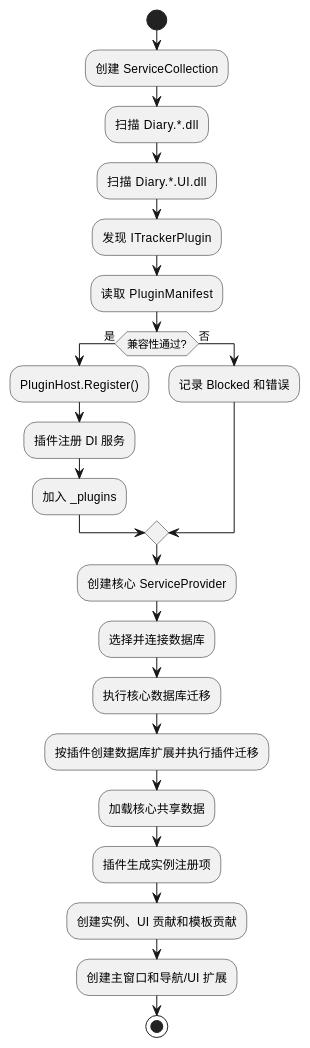
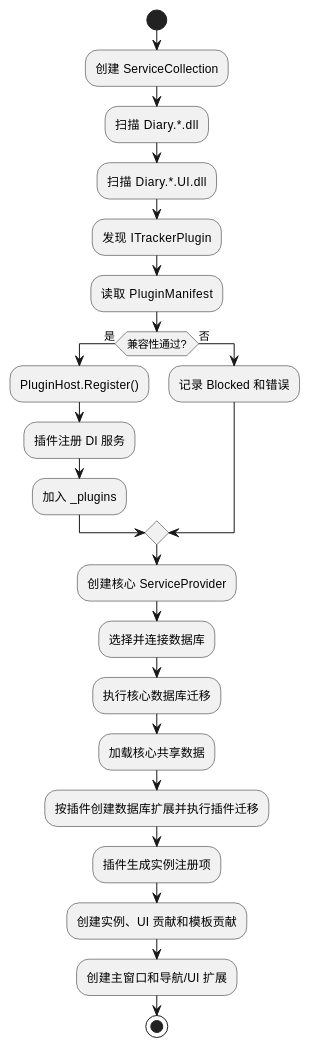
One commit to micro123/diary-app changed the second of 3 diagrams in Docs/CurrentArchitecture.md. Above: the diagram before and after it, drawn with PlantUML. The commit also changed other lines of this file and 34 other files, not shown here.

````diff
--- a/Docs/CurrentArchitecture.md
+++ b/Docs/CurrentArchitecture.md
@@ -113,26 +143,26 @@
 ```plantuml
 @startuml
 start
  :创建 ServiceCollection;
  :扫描 Diary.*.dll;
  :扫描 Diary.*.UI.dll;
  :发现 ITrackerPlugin;
 :读取 PluginManifest;
 if (兼容性通过?) then (是)
   :PluginHost.Register();
   :插件注册 DI 服务;
   :加入 _plugins;
 else (否)
   :记录 Blocked 和错误;
 endif
 :创建核心 ServiceProvider;
 :选择并连接数据库;
 :执行核心数据库迁移;
+:加载核心共享数据;
 :按插件创建数据库扩展并执行插件迁移;
-:加载核心共享数据;
 :插件生成实例注册项;
 :创建实例、UI 贡献和模板贡献;
 :创建主窗口和导航/UI 扩展;
 stop
 @enduml
 ```
````
